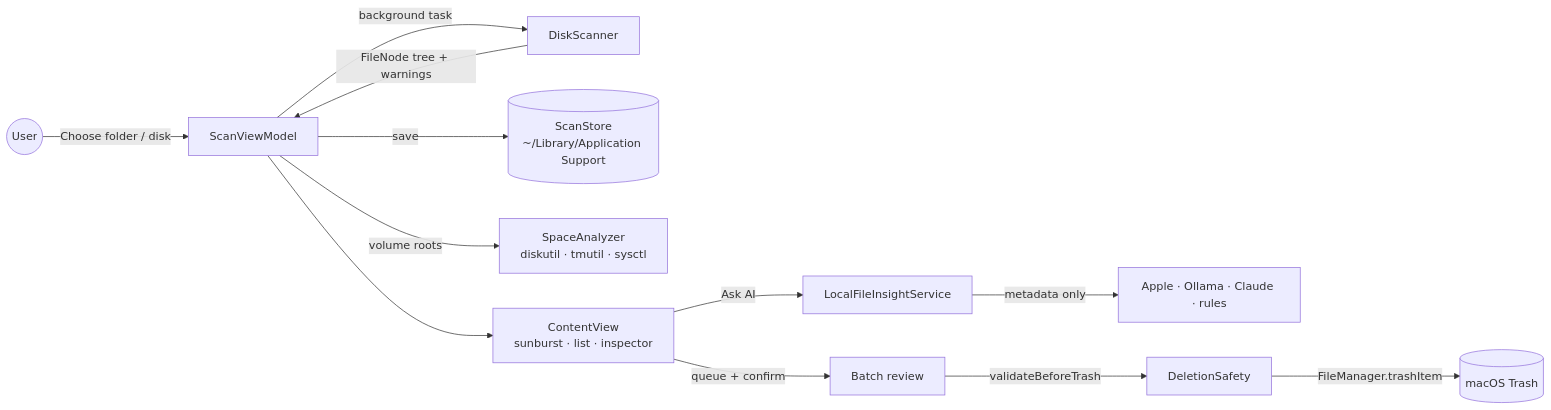
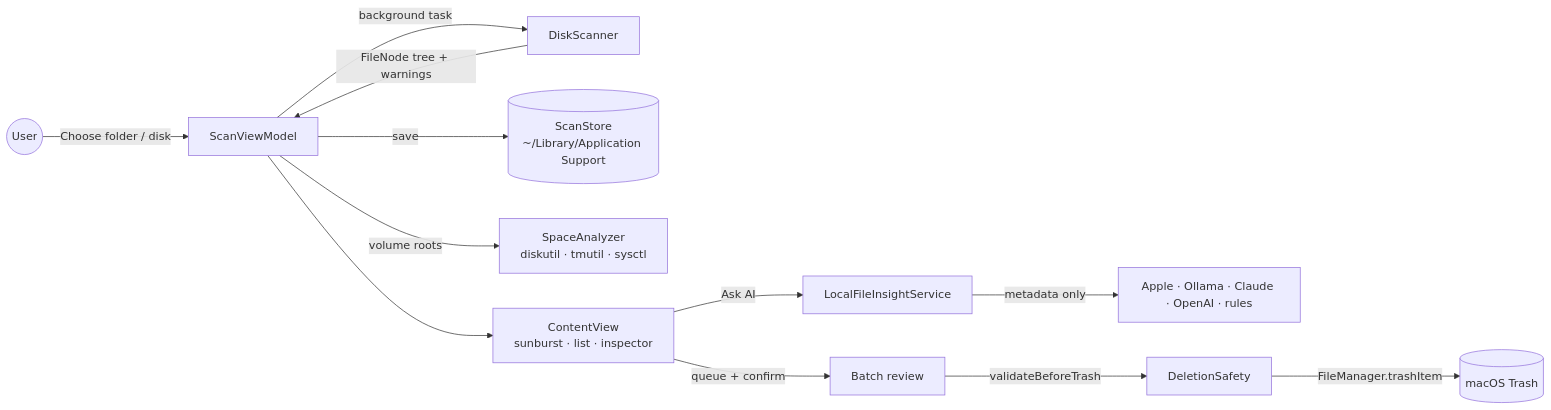
The first of 2 diagrams in docs/architecture.md (serkan-uslu/lucid-disk), drawn with Mermaid before and after one commit. The commit also changed other lines of this file and 37 other files, not shown here.

````diff
--- a/docs/architecture.md
+++ b/docs/architecture.md
@@ -31,14 +31,14 @@
 ```mermaid
 flowchart LR
     User((User)) -->|Choose folder / disk| VM[ScanViewModel]
     VM -->|background task| Scanner[DiskScanner]
     Scanner -->|FileNode tree + warnings| VM
     VM -->|save| Store[(ScanStore<br/>~/Library/Application Support)]
     VM -->|volume roots| Space[SpaceAnalyzer<br/>diskutil · tmutil · sysctl]
     VM --> UI[ContentView<br/>sunburst · list · inspector]
     UI -->|Ask AI| Insight[LocalFileInsightService]
-    Insight -->|metadata only| Providers[Apple · Ollama · Claude · rules]
+    Insight -->|metadata only| Providers[Apple · Ollama · Claude · OpenAI · rules]
     UI -->|queue + confirm| Batch[Batch review]
     Batch -->|validateBeforeTrash| Safety[DeletionSafety]
     Safety -->|FileManager.trashItem| Trash[(macOS Trash)]
 ```
````
